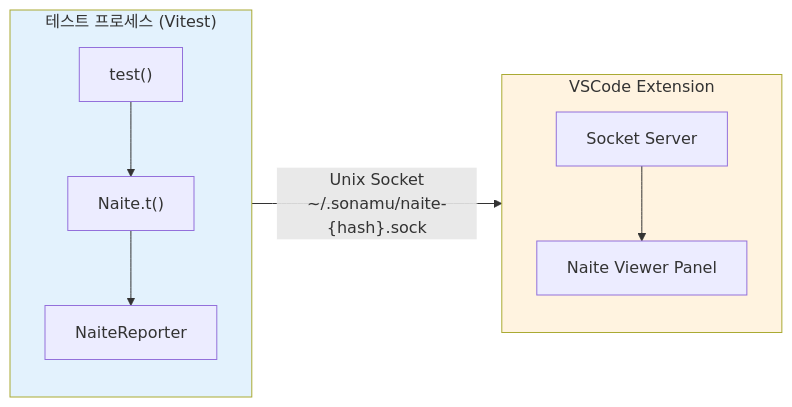
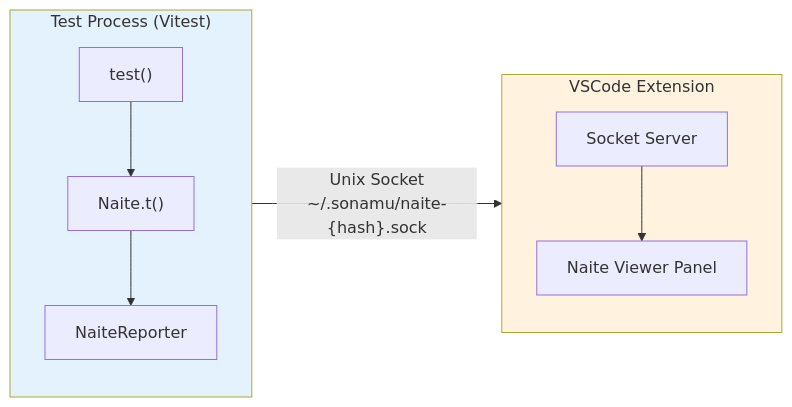
The first of 3 diagrams in modules/docs/en/testing/naite/naite-viewer.mdx (cartanova-ai/sonamu), drawn with Mermaid before and after one commit. The commit also changed other lines of this file and 86 other files, not shown here.

````diff
--- a/modules/docs/en/testing/naite/naite-viewer.mdx
+++ b/modules/docs/en/testing/naite/naite-viewer.mdx
@@ -65,18 +65,18 @@
 ```mermaid
 flowchart LR
-    subgraph TestProcess["테스트 프로세스 (Vitest)"]
+    subgraph TestProcess["Test Process (Vitest)"]
         direction TB
         Test["test()"] --> Naite["Naite.t()"]
         Naite --> Reporter["NaiteReporter"]
     end
-    
+
     subgraph VSCodeExt["VSCode Extension"]
         direction TB
         Socket["Socket Server"] --> Viewer["Naite Viewer Panel"]
     end
-    
+
     Reporter -->|"Unix Socket<br/>~/.sonamu/naite-{hash}.sock"| Socket
-    
+
     style TestProcess fill:#e3f2fd
     style VSCodeExt fill:#fff3e0
 ```
````
